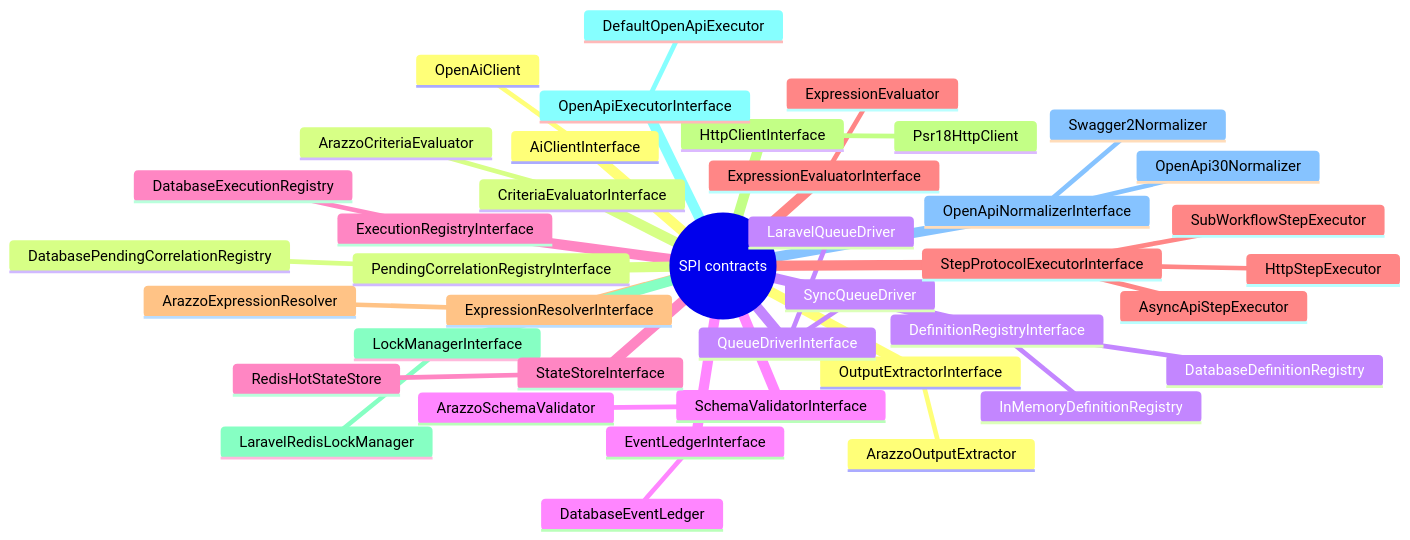
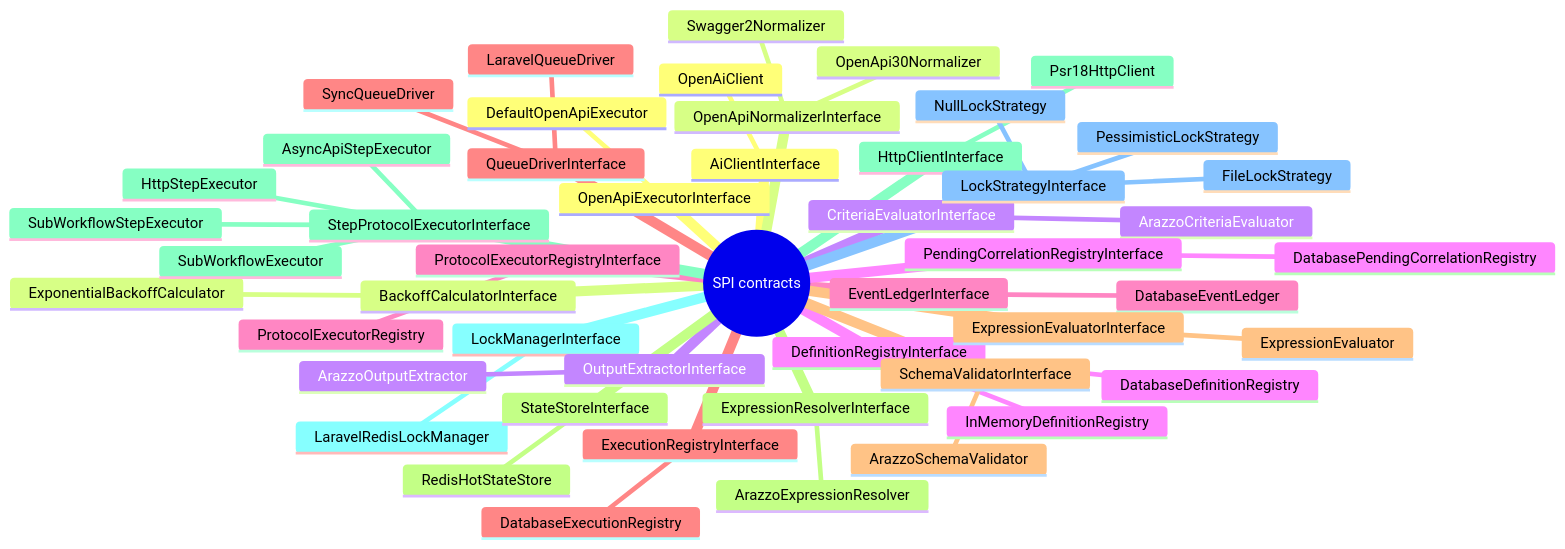
One commit to Mohammed-Alama/php-arazzo changed the diagram in docs/generated/extension-points.md. Above: the diagram before and after it, drawn with Mermaid. The commit also changed other lines of this file and 27 other files, not shown here.

````diff
--- a/docs/generated/extension-points.md
+++ b/docs/generated/extension-points.md
@@ -12,43 +12,52 @@
 ```mermaid
 mindmap
   root((SPI contracts))
     AiClientInterface
       OpenAiClient
+    BackoffCalculatorInterface
+      ExponentialBackoffCalculator
     CriteriaEvaluatorInterface
       ArazzoCriteriaEvaluator
     DefinitionRegistryInterface
       InMemoryDefinitionRegistry
       DatabaseDefinitionRegistry
     EventLedgerInterface
       DatabaseEventLedger
     ExecutionRegistryInterface
       DatabaseExecutionRegistry
     ExpressionEvaluatorInterface
       ExpressionEvaluator
     ExpressionResolverInterface
       ArazzoExpressionResolver
     HttpClientInterface
       Psr18HttpClient
     LockManagerInterface
       LaravelRedisLockManager
+    LockStrategyInterface
+      FileLockStrategy
+      NullLockStrategy
+      PessimisticLockStrategy
     OpenApiExecutorInterface
       DefaultOpenApiExecutor
     OpenApiNormalizerInterface
       Swagger2Normalizer
       OpenApi30Normalizer
     OutputExtractorInterface
       ArazzoOutputExtractor
     PendingCorrelationRegistryInterface
       DatabasePendingCorrelationRegistry
+    ProtocolExecutorRegistryInterface
+      ProtocolExecutorRegistry
     QueueDriverInterface
       SyncQueueDriver
       LaravelQueueDriver
     SchemaValidatorInterface
       ArazzoSchemaValidator
     StateStoreInterface
       RedisHotStateStore
     StepProtocolExecutorInterface
+      SubWorkflowExecutor
       HttpStepExecutor
       AsyncApiStepExecutor
       SubWorkflowStepExecutor
 ```
````
